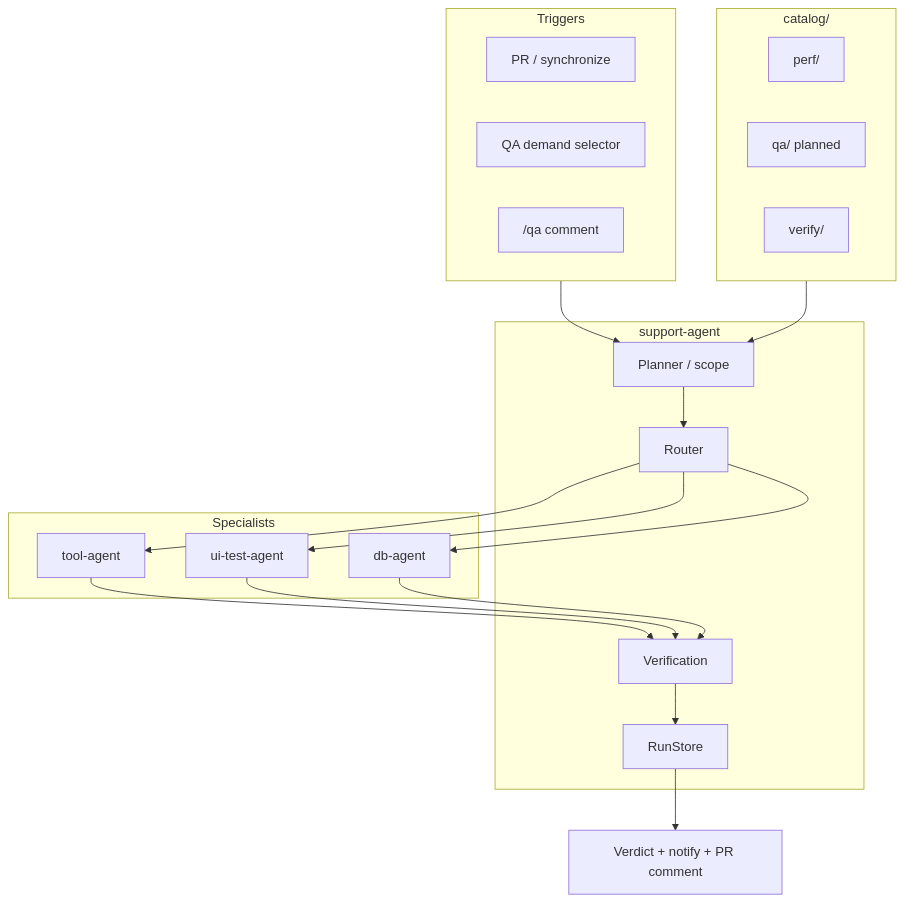
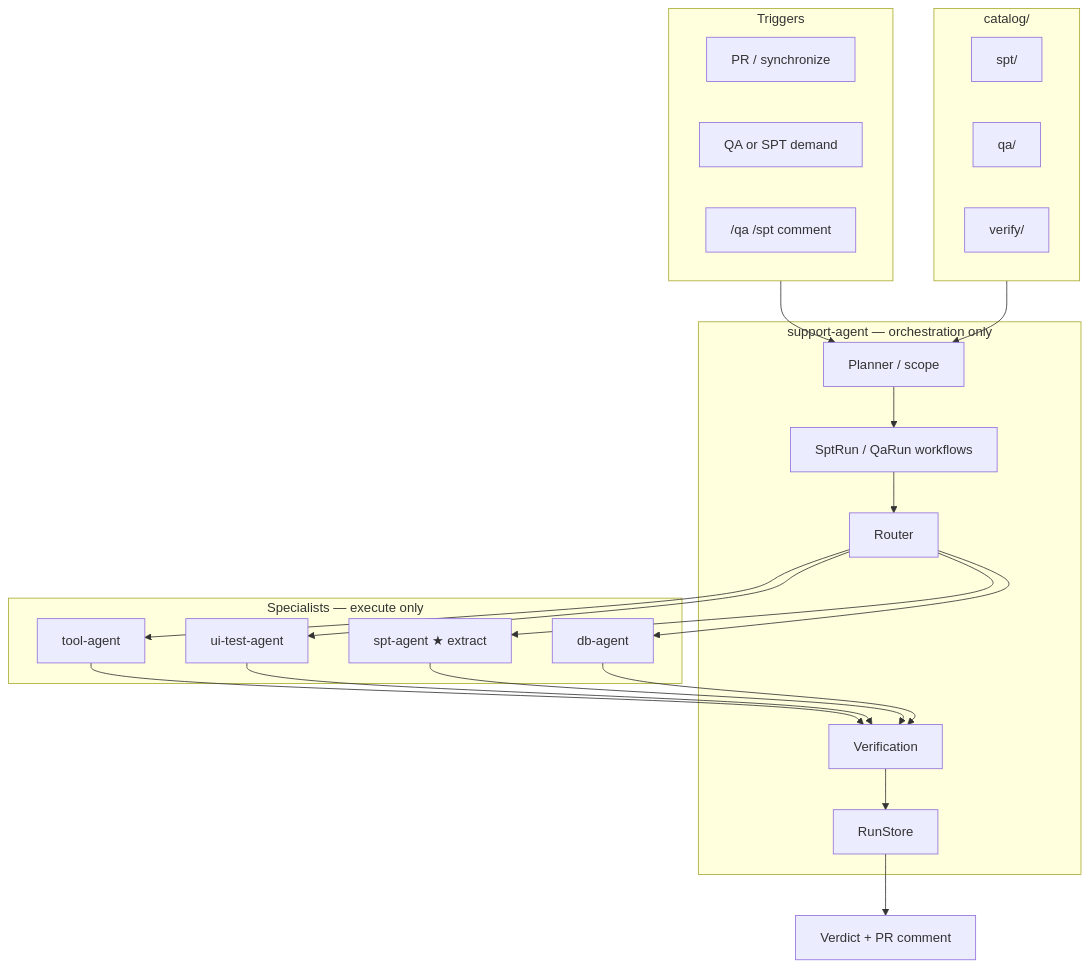
Before and after one commit to AM-Portfolio/.github: the diagram in qa-agent/PLAN.md, drawn with Mermaid. The commit also changed other lines of this file and 10 other files, not shown here.

First line of the commit message:
Plan: extract spt-agent module; keep orchestration in support-agent

````diff
--- a/qa-agent/PLAN.md
+++ b/qa-agent/PLAN.md
@@ -61,35 +61,38 @@
 ```mermaid
 flowchart TB
     subgraph triggers [Triggers]
         PR[PR / synchronize]
-        QA[QA demand selector]
-        CMD["/qa comment"]
+        DEM[QA or SPT demand]
+        CMD["/qa /spt comment"]
     end
 
-    subgraph sa [support-agent]
+    subgraph sa [support-agent — orchestration only]
         P[Planner / scope]
         R[Router]
+        W[SptRun / QaRun workflows]
         V[Verification]
         RS[RunStore]
     end
 
-    subgraph specialists [Specialists]
+    subgraph specialists [Specialists — execute only]
         TA[tool-agent]
         UI[ui-test-agent]
+        SPT[spt-agent ★ extract]
         DB[db-agent]
     end
 
     subgraph catalog [catalog/]
-        PERF[perf/]
-        QAC[qa/ planned]
+        SPTC[spt/]
+        QAC[qa/]
         VER[verify/]
     end
 
     triggers --> P
     catalog --> P
-    P --> R
-    R --> TA & UI & DB
-    TA & UI & DB --> V
+    P --> W
+    W --> R
+    R --> TA & UI & SPT & DB
+    TA & UI & SPT & DB --> V
     V --> RS
-    RS --> OUT[Verdict + notify + PR comment]
+    RS --> OUT[Verdict + PR comment]
 ```
````
